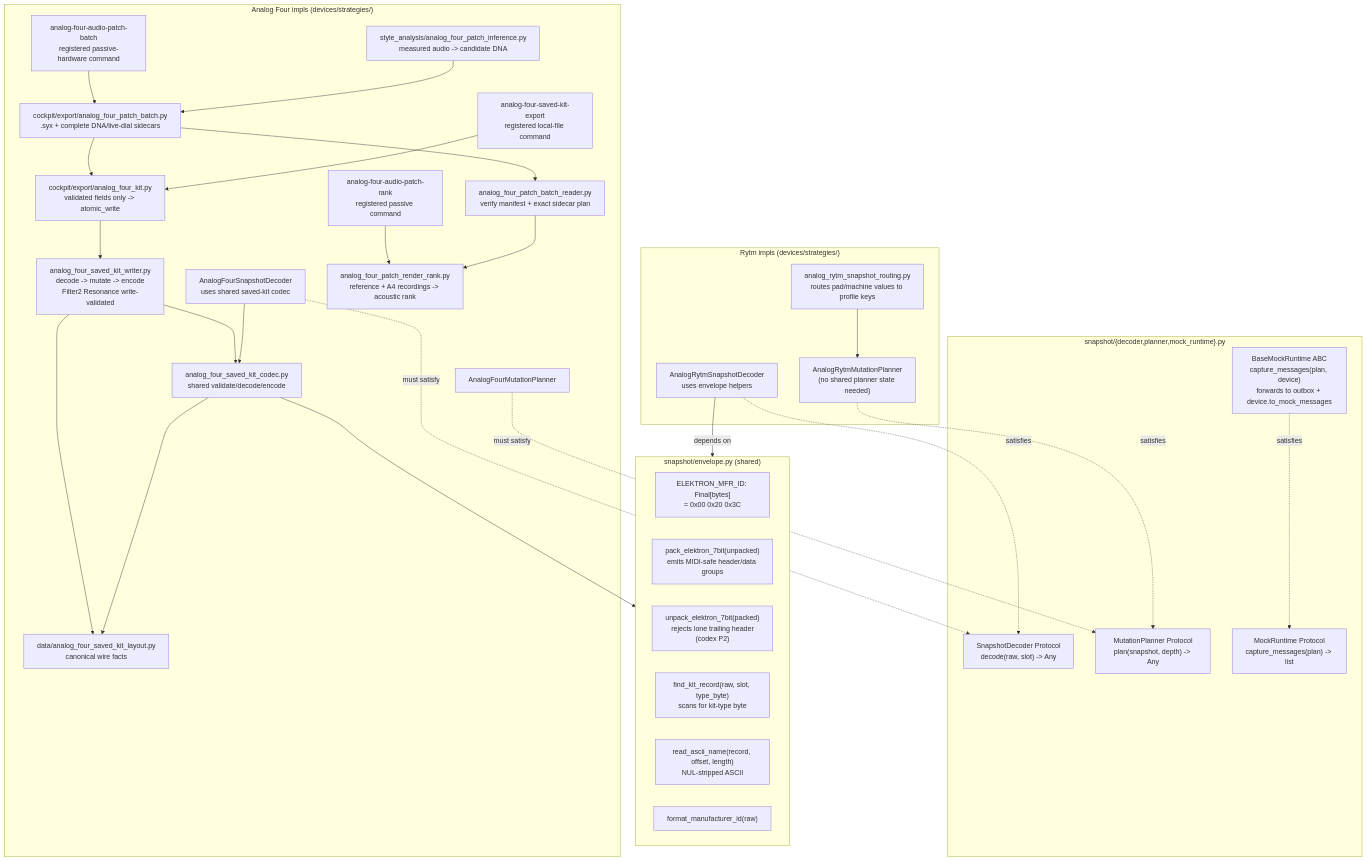
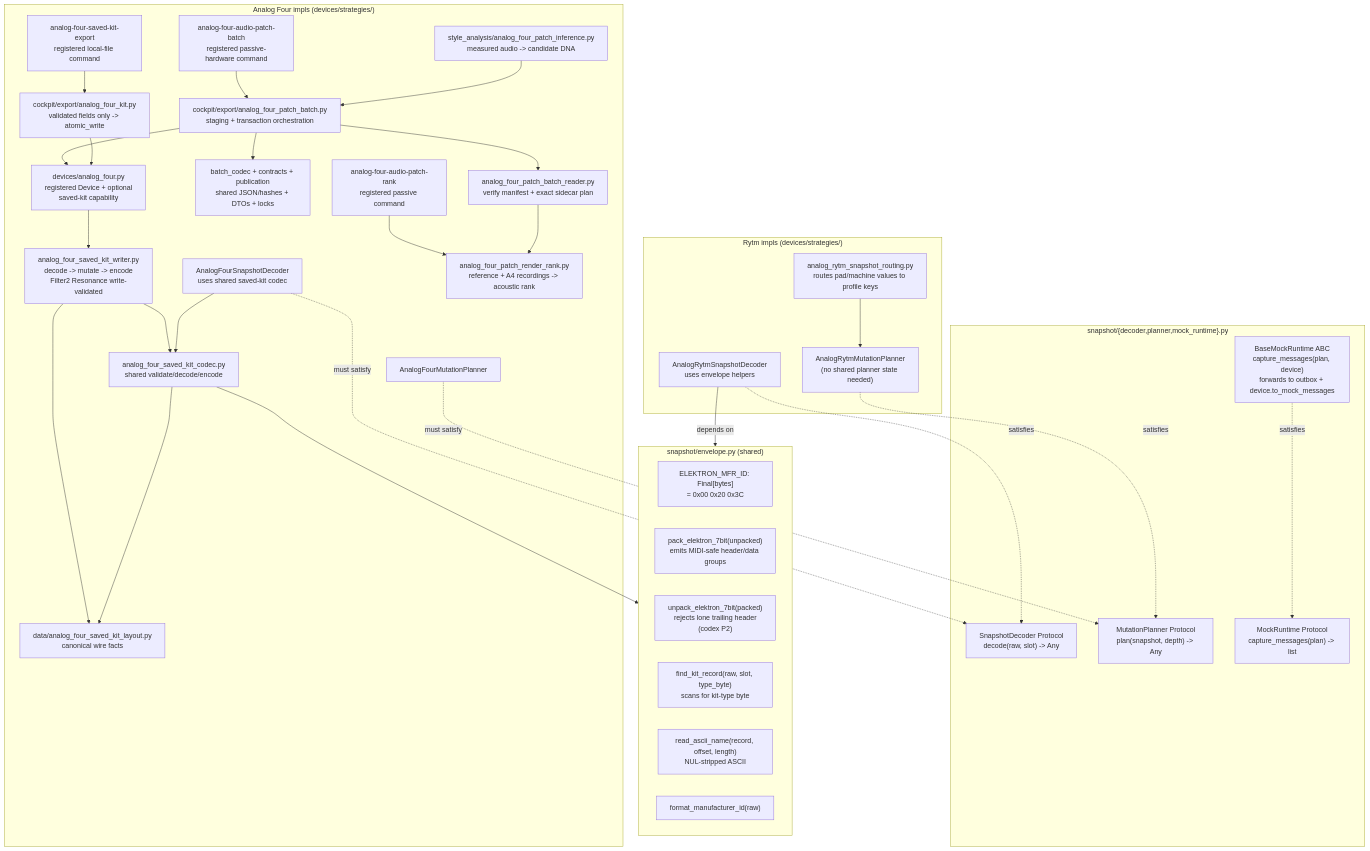
One commit to buzzijose-hub/RytmRandomizer changed the ninth of 34 diagrams in docs/ARCHITECTURE_DIAGRAMS.md. Above: the diagram before and after it, drawn with Mermaid. The commit also changed other lines of this file and 48 other files, not shown here.

Commit message:
fix: harden A4 live patch feedback loop

````diff
--- a/docs/ARCHITECTURE_DIAGRAMS.md
+++ b/docs/ARCHITECTURE_DIAGRAMS.md
@@ -714,63 +714,67 @@
 ```mermaid
 flowchart TB
     subgraph Envelope["snapshot/envelope.py (shared)"]
         MFR_ID["ELEKTRON_MFR_ID: Final[bytes]<br/>= 0x00 0x20 0x3C"]
         Pack["pack_elektron_7bit(unpacked)<br/>emits MIDI-safe header/data groups"]
         Unpack["unpack_elektron_7bit(packed)<br/>rejects lone trailing header<br/>(codex P2)"]
         FindKit["find_kit_record(raw, slot, type_byte)<br/>scans for kit-type byte"]
         ReadName["read_ascii_name(record, offset, length)<br/>NUL-stripped ASCII"]
         FormatID["format_manufacturer_id(raw)"]
     end
 
     subgraph Protocols["snapshot/{decoder,planner,mock_runtime}.py"]
         SD["SnapshotDecoder Protocol<br/>decode(raw, slot) -> Any"]
         MP_proto["MutationPlanner Protocol<br/>plan(snapshot, depth) -> Any"]
         MockProto["MockRuntime Protocol<br/>capture_messages(plan) -> list"]
         BaseMockRuntime["BaseMockRuntime ABC<br/>capture_messages(plan, device)<br/>forwards to outbox + device.to_mock_messages"]
     end
 
     subgraph RytmImpls["Rytm impls (devices/strategies/)"]
         RytmDecoder["AnalogRytmSnapshotDecoder<br/>uses envelope helpers"]
         RytmRouter["analog_rytm_snapshot_routing.py<br/>routes pad/machine values to profile keys"]
         RytmPlanner["AnalogRytmMutationPlanner<br/>(no shared planner state needed)"]
     end
 
     subgraph A4Impls["Analog Four impls (devices/strategies/)"]
         A4Layout["data/analog_four_saved_kit_layout.py<br/>canonical wire facts"]
         A4Codec["analog_four_saved_kit_codec.py<br/>shared validate/decode/encode"]
         A4Decoder["AnalogFourSnapshotDecoder<br/>uses shared saved-kit codec"]
         A4Planner["AnalogFourMutationPlanner"]
         A4Writer["analog_four_saved_kit_writer.py<br/>decode -> mutate -> encode<br/>Filter2 Resonance write-validated"]
+        A4Device["devices/analog_four.py<br/>registered Device + optional<br/>saved-kit capability"]
         A4Export["cockpit/export/analog_four_kit.py<br/>validated fields only -> atomic_write"]
         A4Cli["analog-four-saved-kit-export<br/>registered local-file command"]
         A4Inference["style_analysis/analog_four_patch_inference.py<br/>measured audio -> candidate DNA"]
-        A4Batch["cockpit/export/analog_four_patch_batch.py<br/>.syx + complete DNA/live-dial sidecars"]
+        A4Batch["cockpit/export/analog_four_patch_batch.py<br/>staging + transaction orchestration"]
+        A4BatchSupport["batch_codec + contracts + publication<br/>shared JSON/hashes + DTOs + locks"]
         A4BatchCli["analog-four-audio-patch-batch<br/>registered passive-hardware command"]
         A4BatchReader["analog_four_patch_batch_reader.py<br/>verify manifest + exact sidecar plan"]
         A4RenderRank["analog_four_patch_render_rank.py<br/>reference + A4 recordings -> acoustic rank"]
         A4RenderRankCli["analog-four-audio-patch-rank<br/>registered passive command"]
     end
 
     RytmDecoder -->|"depends on"| Envelope
     RytmDecoder -.satisfies.-> SD
     RytmRouter --> RytmPlanner
     RytmPlanner -.satisfies.-> MP_proto
 
     A4Codec --> Envelope
     A4Codec --> A4Layout
     A4Decoder --> A4Codec
     A4Decoder -.must satisfy.-> SD
     A4Planner -.must satisfy.-> MP_proto
     A4Writer --> A4Codec
     A4Writer --> A4Layout
-    A4Export --> A4Writer
+    A4Device --> A4Writer
+    A4Export --> A4Device
     A4Cli --> A4Export
     A4Inference --> A4Batch
-    A4Batch --> A4Export
+    A4Batch --> A4Device
+    A4Batch --> A4BatchSupport
     A4BatchCli --> A4Batch
     A4Batch --> A4BatchReader
     A4BatchReader --> A4RenderRank
     A4RenderRankCli --> A4RenderRank
 
     BaseMockRuntime -.satisfies.-> MockProto
 ```
````
